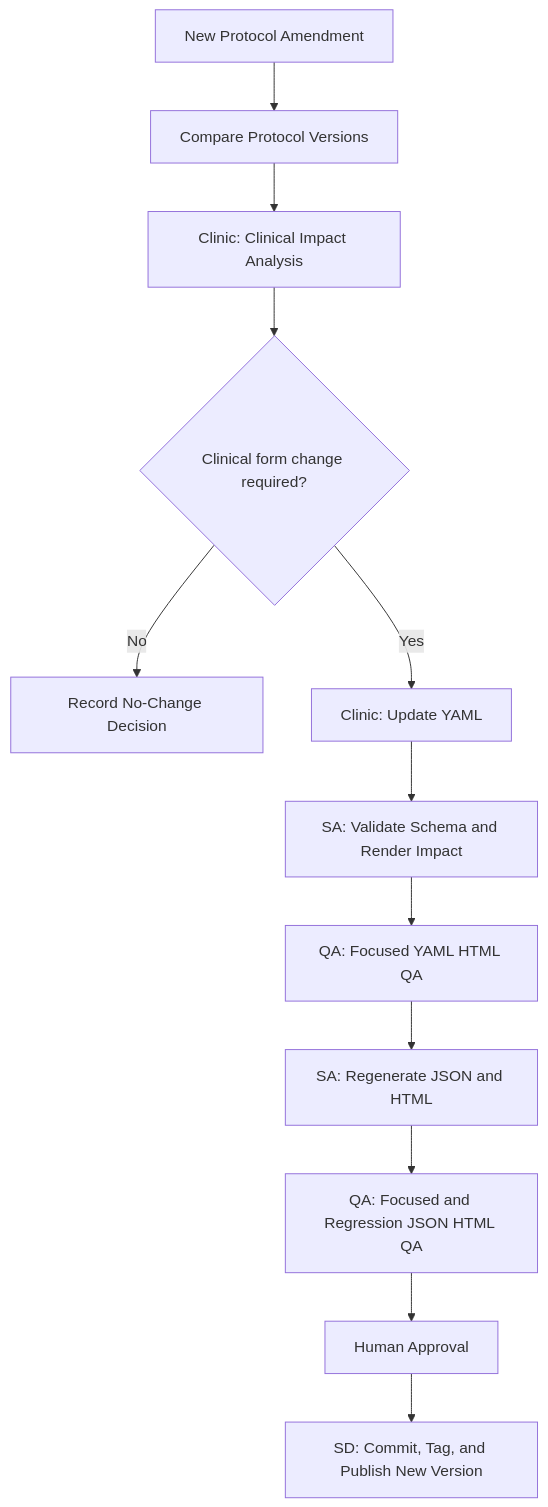
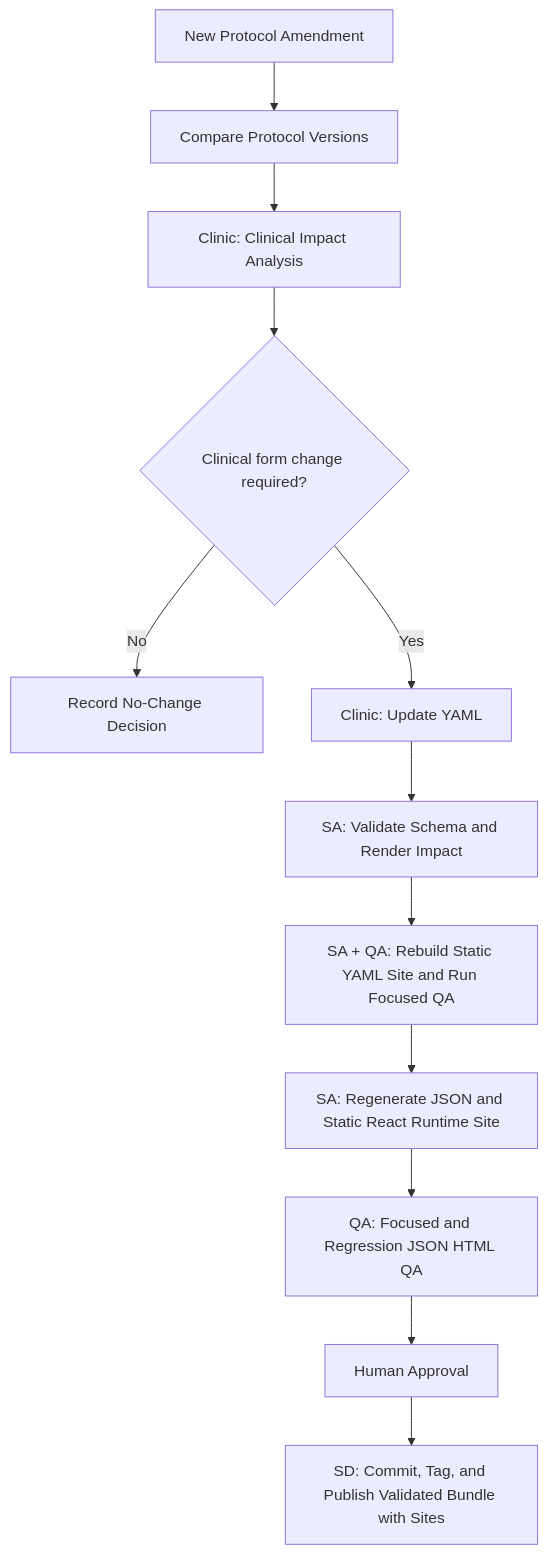
One commit to RyanBreath/Codex-Clinical-Form-Studio changed the fourth of 6 diagrams in 01-system-architecture.md. Above: the diagram before and after it, drawn with Mermaid. The commit also changed other lines of this file and 12 other files, not shown here.

````diff
--- a/01-system-architecture.md
+++ b/01-system-architecture.md
@@ -1338,27 +1415,27 @@
 ```mermaid
 flowchart TD
     A[New Protocol Amendment]
     B[Compare Protocol Versions]
     C[Clinic: Clinical Impact Analysis]
     D{Clinical form change required?}
     N[Record No-Change Decision]
     E[Clinic: Update YAML]
     F[SA: Validate Schema and Render Impact]
-    G[QA: Focused YAML HTML QA]
-    H[SA: Regenerate JSON and HTML]
+    G[SA + QA: Rebuild Static YAML Site and Run Focused QA]
+    H[SA: Regenerate JSON and Static React Runtime Site]
     I[QA: Focused and Regression JSON HTML QA]
     J[Human Approval]
-    K[SD: Commit, Tag, and Publish New Version]
+    K[SD: Commit, Tag, and Publish Validated Bundle with Sites]
 
     A --> B
     B --> C
     C --> D
     D -- No --> N
     D -- Yes --> E
     E --> F
     F --> G
     G --> H
     H --> I
     I --> J
     J --> K
 ```
````
